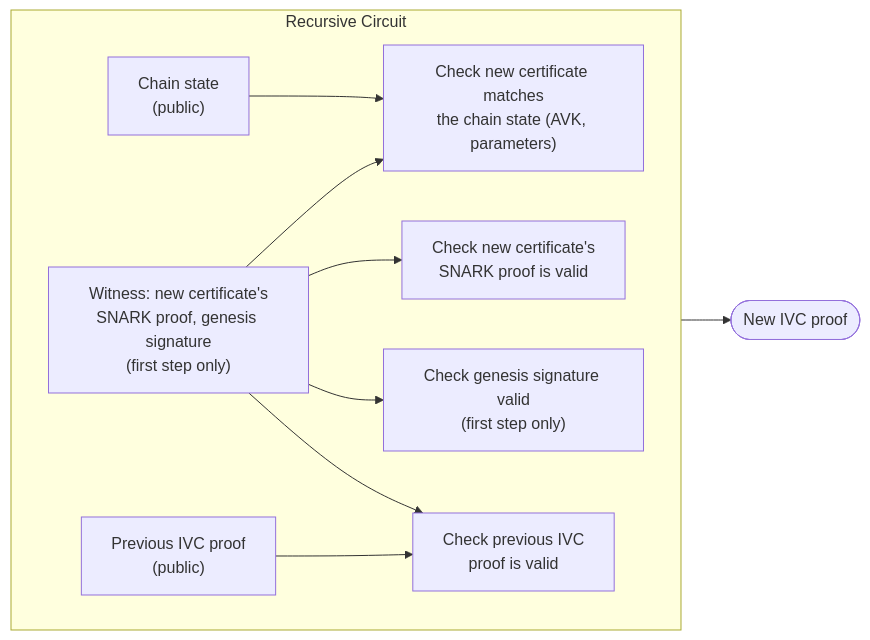
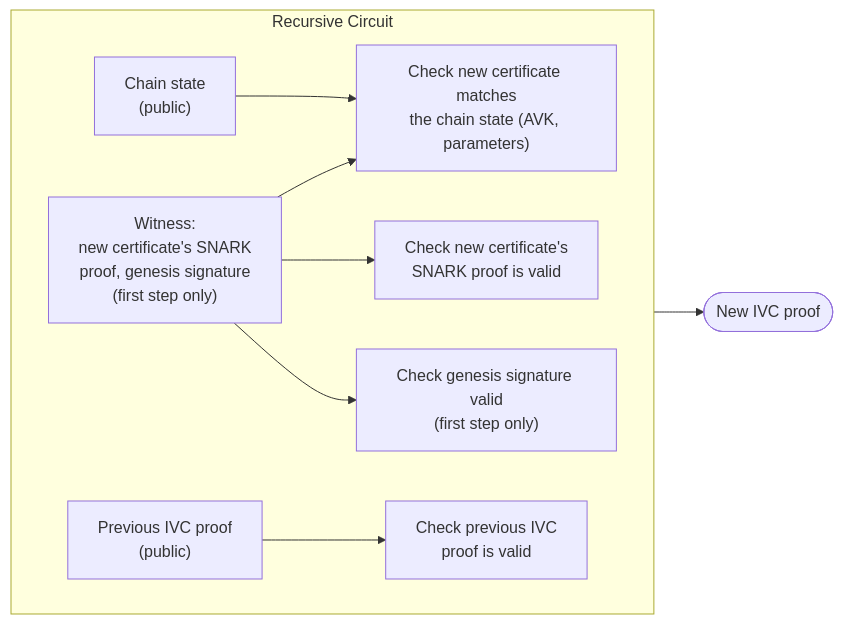
Before and after one commit to IntersectMBO/mithril: the second of 2 diagrams in docs/website/root/mithril/advanced/mithril-protocol/aggregation/recursive_SNARK.md, drawn with Mermaid. The commit also changed other lines of this file and 4 other files, not shown here.

Commit message:
refactor(doc): fixed typos and graph and added a new glossary entry

````diff
--- a/docs/website/root/mithril/advanced/mithril-protocol/aggregation/recursive_SNARK.md
+++ b/docs/website/root/mithril/advanced/mithril-protocol/aggregation/recursive_SNARK.md
@@ -43,19 +44,18 @@
 ```mermaid
 flowchart LR
 
     subgraph Circuit["Recursive Circuit"]
         direction LR
     STATE["Chain state<br/>(public)"]
     PREV["Previous IVC proof<br/>(public)"]
-        W["Witness: new certificate's<br/>SNARK proof, genesis signature<br/>(first step only)"] --> C1["Check new certificate matches<br/>the chain state (AVK, parameters)"]
+        W["Witness:<br/>new certificate's SNARK<br/>proof, genesis signature<br/>(first step only)"] --> C1["Check new certificate matches<br/>the chain state (AVK, parameters)"]
         W --> C2["Check new certificate's<br/>SNARK proof is valid"]
         W --> C3["Check genesis signature valid<br/>(first step only)"]
-        W --> C4["Check previous IVC<br/>proof is valid"]
     STATE --> C1
-    PREV --> C4
+    PREV --> C4["Check previous IVC<br/>proof is valid"]
     end
 
 
     Circuit --> Proof(["New IVC proof"])
 
 ```
````
